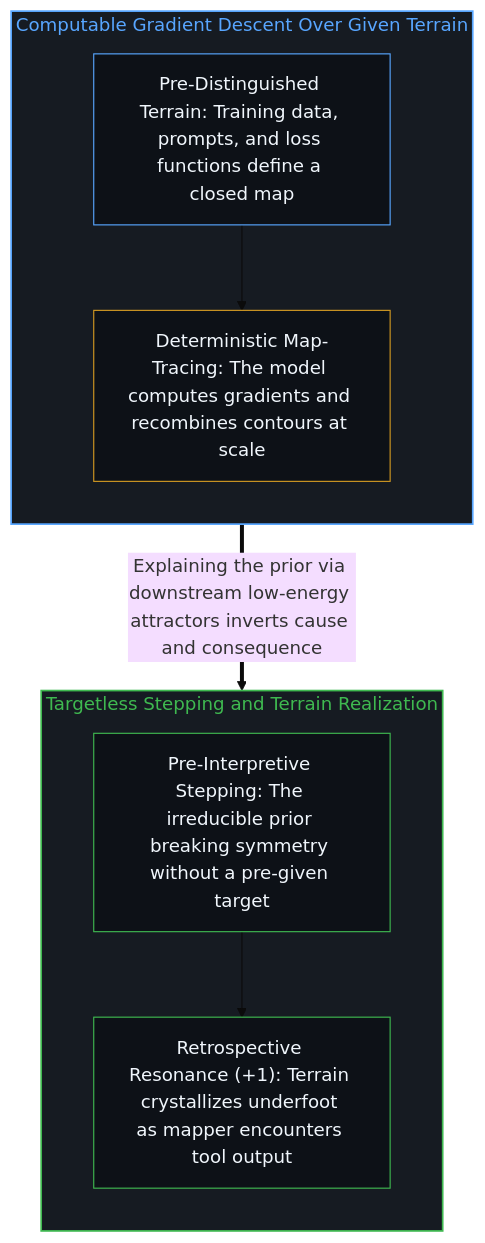
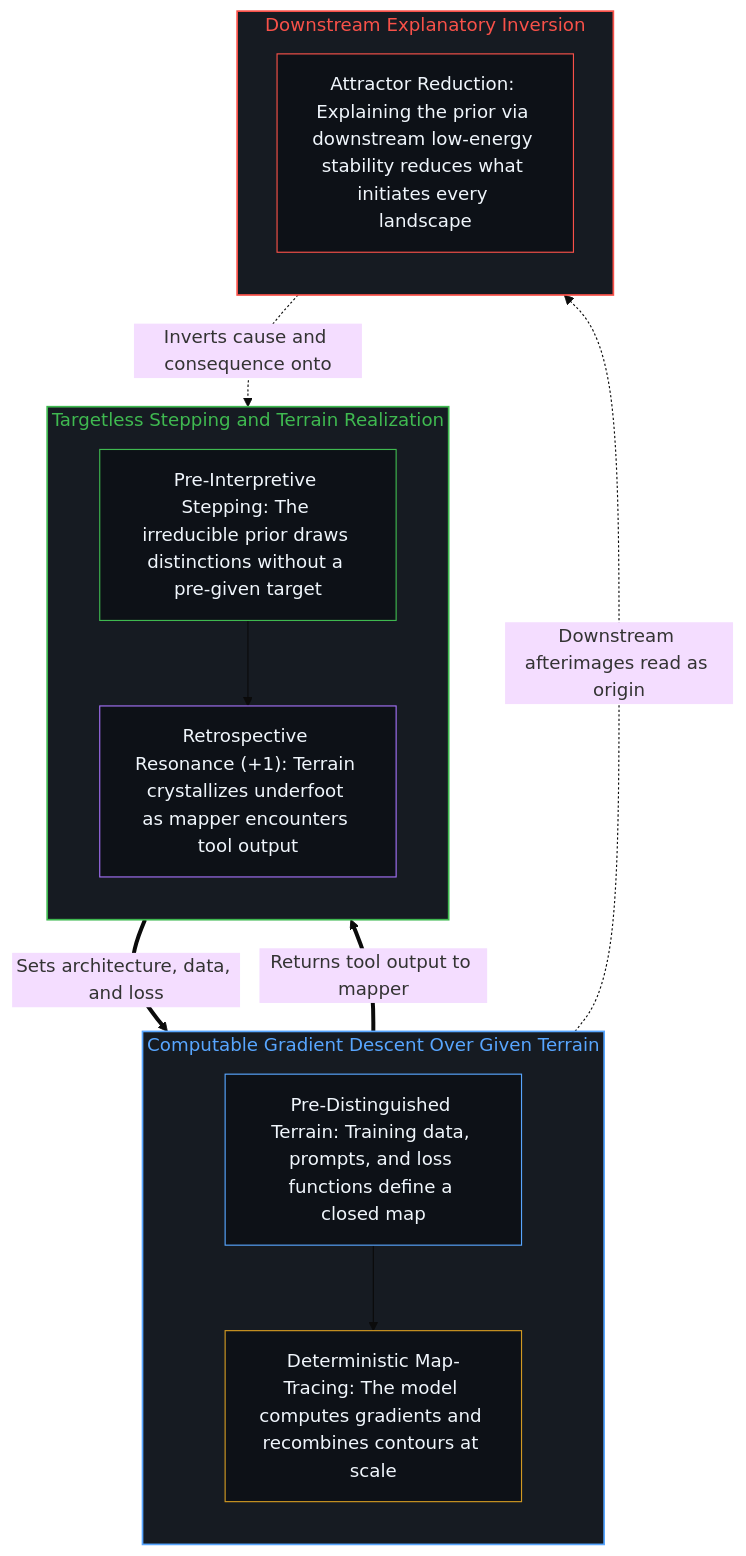
Before and after one commit to powerpig99/not-a-toe: the second of 2 diagrams in content/posts/the-descent-that-doesnt-know-where-its-going.md, drawn with Mermaid (base theme). The commit also changed other lines of this file and 5 other files, not shown here.

````diff
--- a/content/posts/the-descent-that-doesnt-know-where-its-going.md
+++ b/content/posts/the-descent-that-doesnt-know-where-its-going.md
@@ -42,22 +51,31 @@
 ```mermaid
 flowchart TD
+    subgraph S_Realize["Targetless Stepping and Terrain Realization"]
+        direction TB
+        Step["Pre-Interpretive Stepping: The irreducible prior draws distinctions without a pre-given target"]
+        Resonate["Retrospective Resonance (+1): Terrain crystallizes underfoot as mapper encounters tool output"]
+        Step --> Resonate
+    end
     subgraph S_Trace["Computable Gradient Descent Over Given Terrain"]
         direction TB
         Given["Pre-Distinguished Terrain: Training data, prompts, and loss functions define a closed map"]
         Compute["Deterministic Map-Tracing: The model computes gradients and recombines contours at scale"]
         Given --> Compute
     end
-    subgraph S_Realize["Targetless Stepping and Terrain Realization"]
+    subgraph S_Invert["Downstream Explanatory Inversion"]
         direction TB
-        Step["Pre-Interpretive Stepping: The irreducible prior breaking symmetry without a pre-given target"]
-        Resonate["Retrospective Resonance (+1): Terrain crystallizes underfoot as mapper encounters tool output"]
-        Step --> Resonate
+        Trap["Attractor Reduction: Explaining the prior via downstream low-energy stability reduces what initiates every landscape"]
     end
-    Compute ==>|"Explaining the prior via downstream low-energy attractors inverts cause and consequence"| Step
+    Step ==>|"Sets architecture, data, and loss"| Given
+    Compute ==>|"Returns tool output to mapper"| Resonate
+    Compute -.->|"Downstream afterimages read as origin"| Trap
+    Trap -.->|"Inverts cause and consequence onto"| Step
+    style S_Realize fill:#161b22,stroke:#3fb950,stroke-width:1.5px,color:#3fb950
     style S_Trace fill:#161b22,stroke:#58a6ff,stroke-width:1.5px,color:#58a6ff
-    style S_Realize fill:#161b22,stroke:#3fb950,stroke-width:1.5px,color:#3fb950
+    style S_Invert fill:#161b22,stroke:#f85149,stroke-width:1.5px,color:#f85149
+    style Step fill:#0d1117,stroke:#3fb950,stroke-width:1px,color:#f0f6fc
+    style Resonate fill:#0d1117,stroke:#a371f7,stroke-width:1px,color:#f0f6fc
     style Given fill:#0d1117,stroke:#58a6ff,stroke-width:1px,color:#f0f6fc
     style Compute fill:#0d1117,stroke:#d29922,stroke-width:1px,color:#f0f6fc
-    style Step fill:#0d1117,stroke:#3fb950,stroke-width:1px,color:#f0f6fc
-    style Resonate fill:#0d1117,stroke:#3fb950,stroke-width:1px,color:#f0f6fc
+    style Trap fill:#0d1117,stroke:#f85149,stroke-width:1px,color:#f0f6fc
 ```
````
